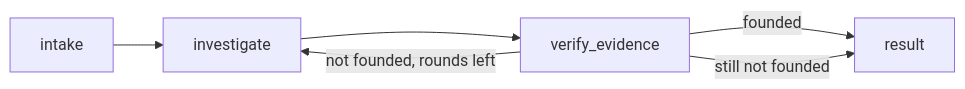
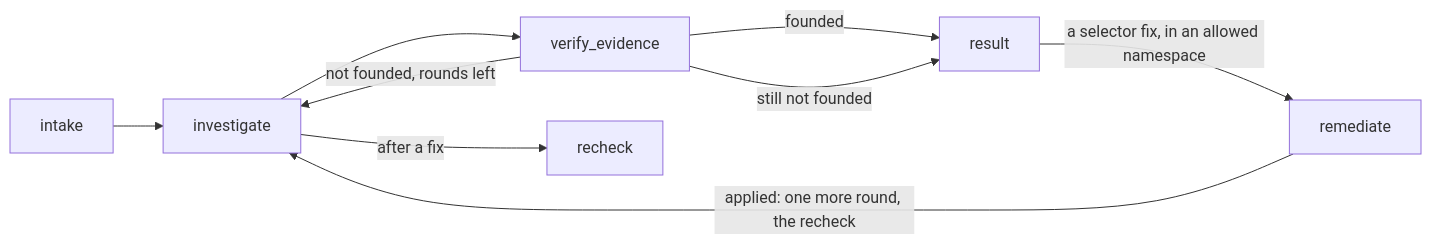
Before and after one commit to tomershukhman/k8s-troubleshooting-agent: the diagram in README.md, drawn with Mermaid. The commit also changed other lines of this file and 29 other files, not shown here.

````diff
--- a/README.md
+++ b/README.md
@@ -119,6 +120,9 @@
 ```mermaid
 flowchart LR
     intake --> investigate --> verify[verify_evidence] -->|founded| result
     verify -->|not founded, rounds left| investigate
     verify -->|still not founded| result
+    result -->|"a selector fix, in an allowed namespace"| remediate
+    remediate -->|"applied: one more round, the recheck"| investigate
+    investigate -->|after a fix| recheck
 ```
````
